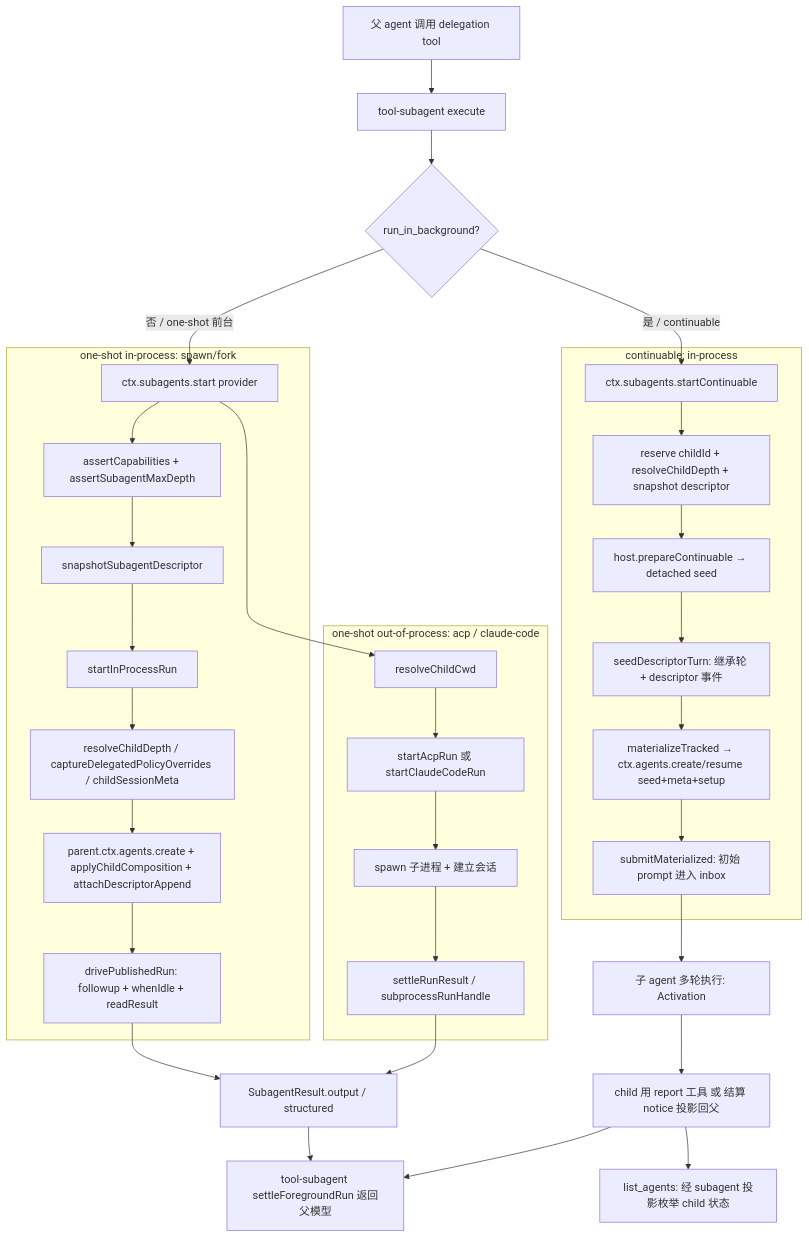
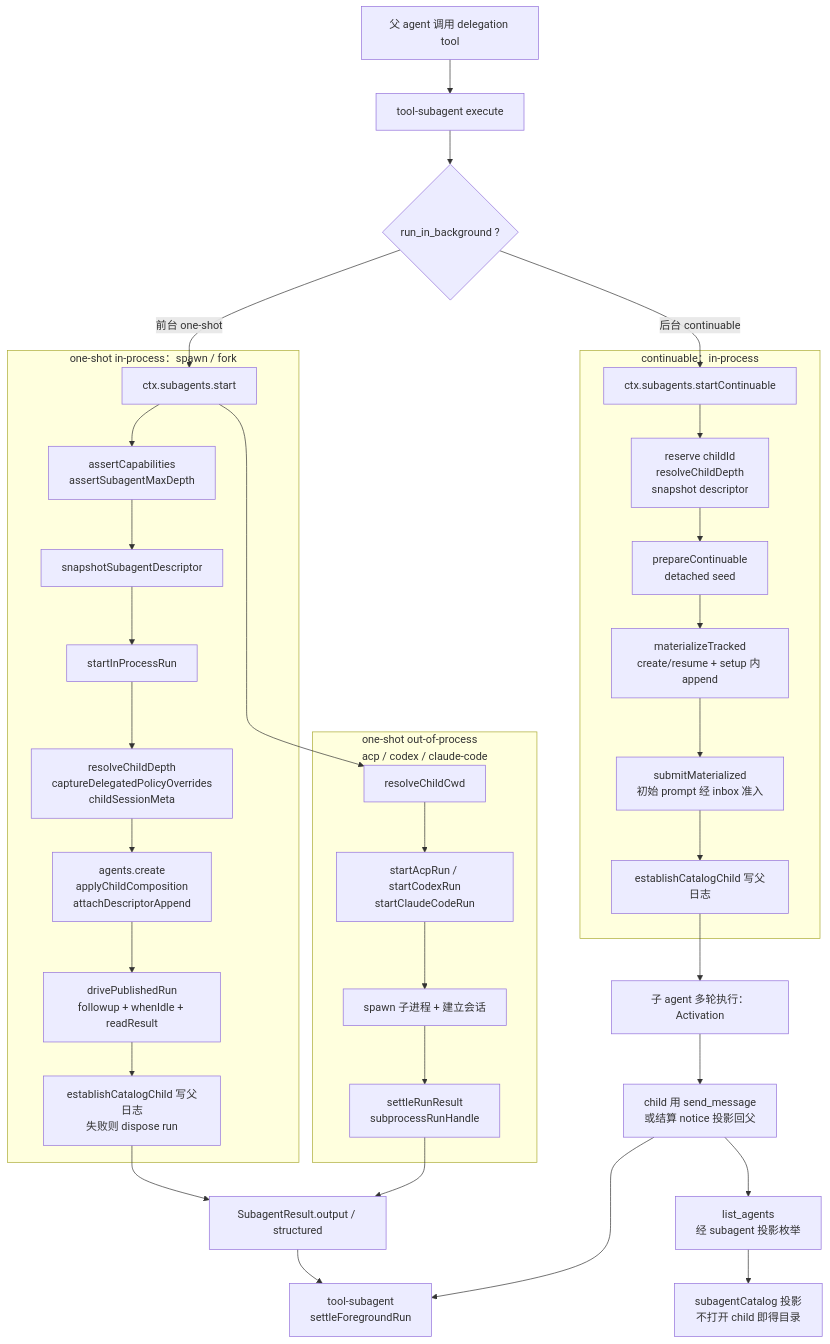
One commit to morehao/oss-insights changed the third of 3 diagrams in ai-agent/deepseek-harness/subagent.md. Above: the diagram before and after it, drawn with Mermaid. The commit also changed other lines of this file and 27 other files, not shown here.

````diff
--- a/ai-agent/deepseek-harness/subagent.md
+++ b/ai-agent/deepseek-harness/subagent.md
@@ -120,40 +216,65 @@
 ```mermaid
 flowchart TD
-  A[父 agent 调用 delegation tool] --> B[tool-subagent execute]
-  B --> C{run_in_background?}
-  C -- 否 / one-shot 前台 --> D[ctx.subagents.start provider]
-  C -- 是 / continuable --> E[ctx.subagents.startContinuable]
+  A["父 agent 调用 delegation tool"]
+  B["tool-subagent execute"]
+  C{"run_in_background ?"}
+  D["ctx.subagents.start"]
+  E["ctx.subagents.startContinuable"]
+  D1["assertCapabilities<br>assertSubagentMaxDepth"]
+  D2["snapshotSubagentDescriptor"]
+  D3["startInProcessRun"]
+  D4["resolveChildDepth<br>captureDelegatedPolicyOverrides<br>childSessionMeta"]
+  D5["agents.create<br>applyChildComposition<br>attachDescriptorAppend"]
+  D6["drivePublishedRun<br>followup + whenIdle + readResult"]
+  D7["establishCatalogChild 写父日志<br>失败则 dispose run"]
+  R1["resolveChildCwd"]
+  R2["startAcpRun / startCodexRun<br>startClaudeCodeRun"]
+  R3["spawn 子进程 + 建立会话"]
+  R4["settleRunResult<br>subprocessRunHandle"]
+  E1["reserve childId<br>resolveChildDepth<br>snapshot descriptor"]
+  E2["prepareContinuable<br>detached seed"]
+  E3["materializeTracked<br>create/resume + setup 内 append"]
+  E4["submitMaterialized<br>初始 prompt 经 inbox 准入"]
+  E5["establishCatalogChild 写父日志"]
+  G["SubagentResult.output / structured"]
+  H["子 agent 多轮执行：Activation"]
+  I2["child 用 send_message<br>或结算 notice 投影回父"]
+  J["tool-subagent<br>settleForegroundRun"]
+  K["list_agents<br>经 subagent 投影枚举"]
+  K2["subagentCatalog 投影<br>不打开 child 即得目录"]
 
-  subgraph one-shot in-process [one-shot in-process: spawn/fork]
-    D --> D1[assertCapabilities + assertSubagentMaxDepth]
-    D1 --> D2[snapshotSubagentDescriptor]
-    D2 --> D3[startInProcessRun]
-    D3 --> D4[resolveChildDepth / captureDelegatedPolicyOverrides / childSessionMeta]
-    D4 --> D5[parent.ctx.agents.create + applyChildComposition + attachDescriptorAppend]
-    D5 --> D6[drivePublishedRun: followup + whenIdle + readResult]
+  A --> B
+  B --> C
+  C -- 前台 one-shot --> D
+  C -- 后台 continuable --> E
+  subgraph ONE ["one-shot in-process：spawn / fork"]
+    D --> D1
+    D1 --> D2
+    D2 --> D3
+    D3 --> D4
+    D4 --> D5
+    D5 --> D6
+    D6 --> D7
   end
-
-  subgraph one-shot remote [one-shot out-of-process: acp / claude-code]
-    D --> R1[resolveChildCwd]
-    R1 --> R2[startAcpRun 或 startClaudeCodeRun]
-    R2 --> R3[spawn 子进程 + 建立会话]
-    R3 --> R4[settleRunResult / subprocessRunHandle]
+  subgraph REMOTE ["one-shot out-of-process<br>acp / codex / claude-code"]
+    D --> R1
+    R1 --> R2
+    R2 --> R3
+    R3 --> R4
   end
-
-  subgraph continuable [continuable: in-process]
-    E --> E1[reserve childId + resolveChildDepth + snapshot descriptor]
-    E1 --> E2[host.prepareContinuable → detached seed]
-    E2 --> E3[seedDescriptorTurn: 继承轮 + descriptor 事件]
-    E3 --> E4[materializeTracked → ctx.agents.create/resume seed+meta+setup]
-    E4 --> E5[submitMaterialized: 初始 prompt 进入 inbox]
+  subgraph CONT ["continuable：in-process"]
+    E --> E1
+    E1 --> E2
+    E2 --> E3
+    E3 --> E4
+    E4 --> E5
   end
-
-  D6 --> G[SubagentResult.output / structured]
+  D7 --> G
   R4 --> G
-  E5 --> H[子 agent 多轮执行: Activation]
-  H --> I2[child 用 report 工具 或 结算 notice 投影回父]
-
-  G --> J[tool-subagent settleForegroundRun 返回父模型]
+  E5 --> H
+  H --> I2
+  G --> J
   I2 --> J
-  I2 --> K[list_agents: 经 subagent 投影枚举 child 状态]
+  I2 --> K
+  K --> K2
 ```
````
